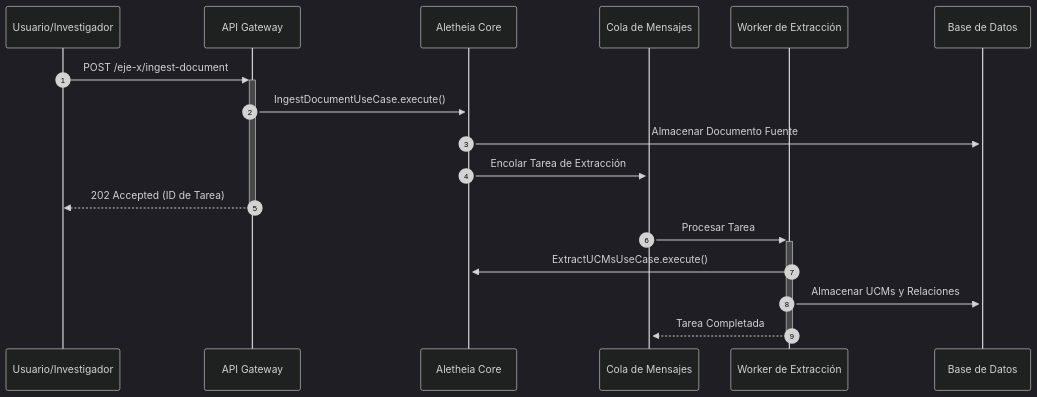
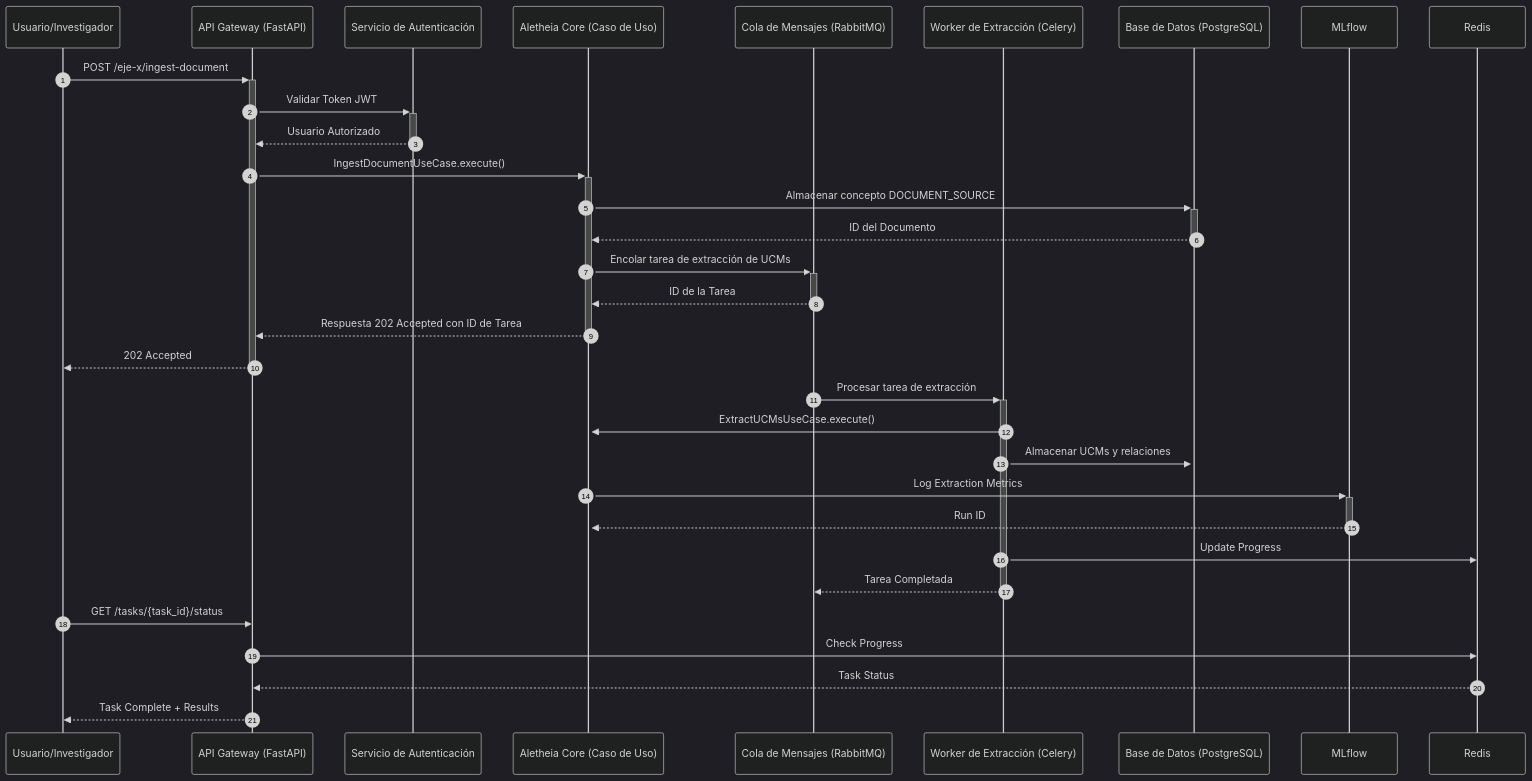
Before and after one commit to SunNeurotron/Aletheia: the fourth of 6 diagrams in README.md, drawn with Mermaid (dark theme). The commit also changed other lines of this file, not shown here.

Commit message:
feat: Reemplazar README con la versión final, funcional y visual

````diff
--- a/README.md
+++ b/README.md
@@ -134,20 +219,40 @@
 ```mermaid
 sequenceDiagram
     autonumber
     participant User as Usuario/Investigador
-    participant API as API Gateway
-    participant Core as Aletheia Core
-    participant Queue as Cola de Mensajes
-    participant Worker as Worker de Extracción
-    participant DB as Base de Datos
+    participant API as API Gateway (FastAPI)
+    participant Auth as Servicio de Autenticación
+    participant Core as Aletheia Core (Caso de Uso)
+    participant Queue as Cola de Mensajes (RabbitMQ)
+    participant Worker as Worker de Extracción (Celery)
+    participant DB as Base de Datos (PostgreSQL)
+    participant ML as MLflow
+    participant Cache as Redis
 
     User->>+API: POST /eje-x/ingest-document
+    API->>+Auth: Validar Token JWT
+    Auth-->>-API: Usuario Autorizado
+
     API->>+Core: IngestDocumentUseCase.execute()
-    Core->>+DB: Almacenar Documento Fuente
-    Core->>+Queue: Encolar Tarea de Extracción
-    API-->>-User: 202 Accepted (ID de Tarea)
-    Queue->>+Worker: Procesar Tarea
+    Core->>+DB: Almacenar concepto DOCUMENT_SOURCE
+    DB-->>-Core: ID del Documento
+
+    Core->>+Queue: Encolar tarea de extracción de UCMs
+    Queue-->>-Core: ID de la Tarea
+    Core-->>-API: Respuesta 202 Accepted con ID de Tarea
+    API-->>-User: 202 Accepted
+
+    Queue->>+Worker: Procesar tarea de extracción
     Worker->>+Core: ExtractUCMsUseCase.execute()
-    Worker->>+DB: Almacenar UCMs y Relaciones
+    Worker->>+DB: Almacenar UCMs y relaciones
+    Core->>+ML: Log Extraction Metrics
+    ML-->>-Core: Run ID
+
+    Worker->>Cache: Update Progress
     Worker-->>-Queue: Tarea Completada
+
+    User->>API: GET /tasks/{task_id}/status
+    API->>Cache: Check Progress
+    Cache-->>API: Task Status
+    API-->>User: Task Complete + Results
 ```
````
